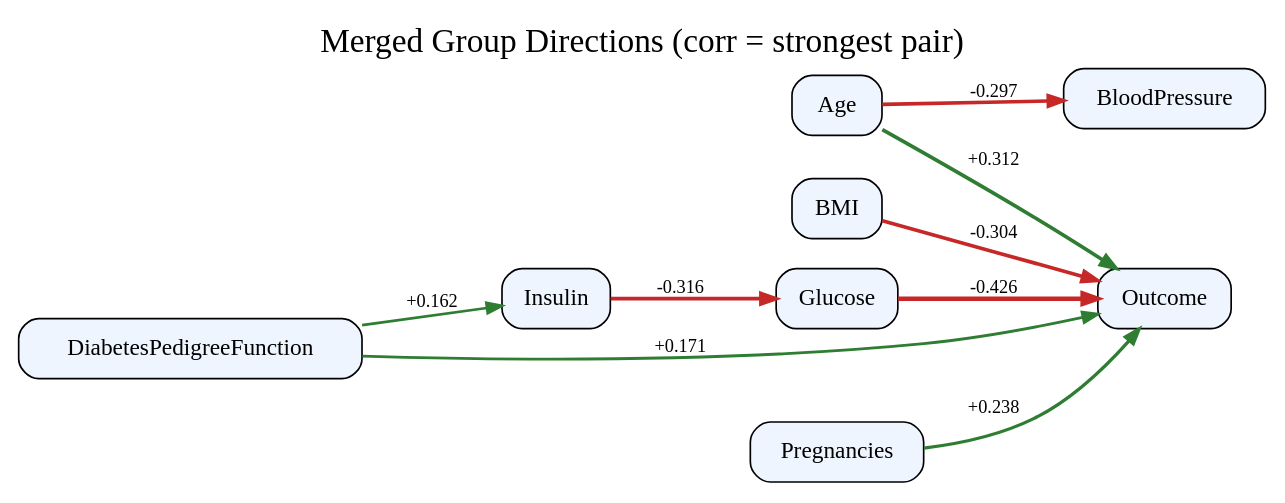
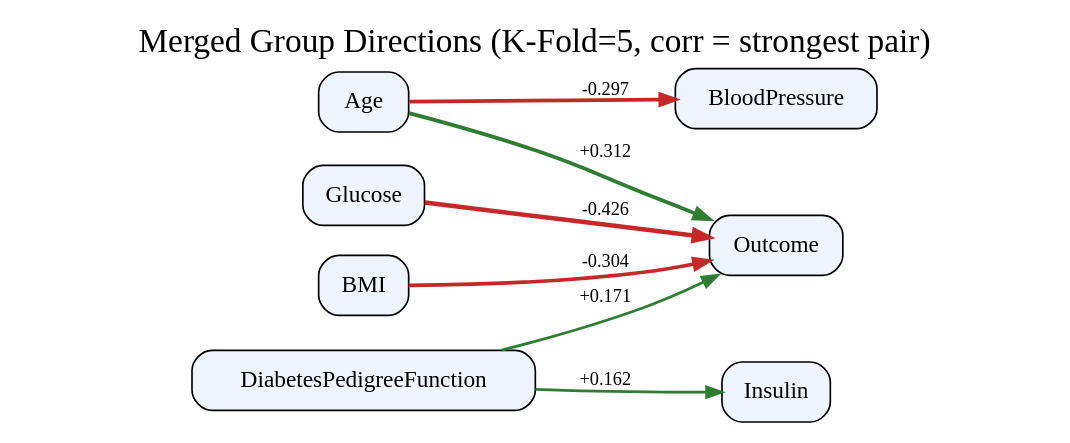
One commit to AKANEMO22/MedTCAX-Causal-Argumentative-Explainability changed the diagram in causal_argumentation-main/outputs_diabetes/fci_experiment/merged_groups_fci_weighted.dot. Above: the diagram before and after it, drawn with Graphviz. The commit also changed 29 other files, not shown here.

Commit message:
chore: change dataset and flow diagram

```diff
--- a/causal_argumentation-main/outputs_diabetes/fci_experiment/merged_groups_fci_weighted.dot
+++ b/causal_argumentation-main/outputs_diabetes/fci_experiment/merged_groups_fci_weighted.dot
@@ -1,22 +1,19 @@
 digraph G {
 rankdir=LR;
-label="Merged Group Directions (corr = strongest pair)";
+label="Merged Group Directions (K-Fold=5, corr = strongest pair)";
 labelloc=t;
 fontsize=20;
 Age [shape=box, style="rounded,filled", fillcolor="#eef5ff"];
 BMI [shape=box, style="rounded,filled", fillcolor="#eef5ff"];
 BloodPressure [shape=box, style="rounded,filled", fillcolor="#eef5ff"];
 DiabetesPedigreeFunction [shape=box, style="rounded,filled", fillcolor="#eef5ff"];
 Glucose [shape=box, style="rounded,filled", fillcolor="#eef5ff"];
 Insulin [shape=box, style="rounded,filled", fillcolor="#eef5ff"];
 Outcome [shape=box, style="rounded,filled", fillcolor="#eef5ff"];
-Pregnancies [shape=box, style="rounded,filled", fillcolor="#eef5ff"];
-Insulin -> Glucose [arrowsize=0.9, label=" -0.316 ", fontsize=11, color="#c62828", penwidth=2.2645299600487094];
+DiabetesPedigreeFunction -> Outcome [arrowsize=0.9, label=" +0.171 ", fontsize=11, color="#2e7d32", penwidth=1.6846081083416191];
 BMI -> Outcome [arrowsize=0.9, label=" -0.304 ", fontsize=11, color="#c62828", penwidth=2.2165180354858696];
-Pregnancies -> Outcome [arrowsize=0.9, label=" +0.238 ", fontsize=11, color="#2e7d32", penwidth=1.9502296895425415];
+DiabetesPedigreeFunction -> Insulin [arrowsize=0.9, label=" +0.162 ", fontsize=11, color="#2e7d32", penwidth=1.6475191296291674];
 Age -> Outcome [arrowsize=0.9, label=" +0.312 ", fontsize=11, color="#2e7d32", penwidth=2.2484007666221917];
+Age -> BloodPressure [arrowsize=0.9, label=" -0.297 ", fontsize=11, color="#c62828", penwidth=2.1862795321557043];
 Glucose -> Outcome [arrowsize=0.9, label=" -0.426 ", fontsize=11, color="#c62828", penwidth=2.704437847250545];
-DiabetesPedigreeFunction -> Outcome [arrowsize=0.9, label=" +0.171 ", fontsize=11, color="#2e7d32", penwidth=1.6846081083416191];
-Age -> BloodPressure [arrowsize=0.9, label=" -0.297 ", fontsize=11, color="#c62828", penwidth=2.1862795321557043];
-DiabetesPedigreeFunction -> Insulin [arrowsize=0.9, label=" +0.162 ", fontsize=11, color="#2e7d32", penwidth=1.6475191296291674];
 }
```
